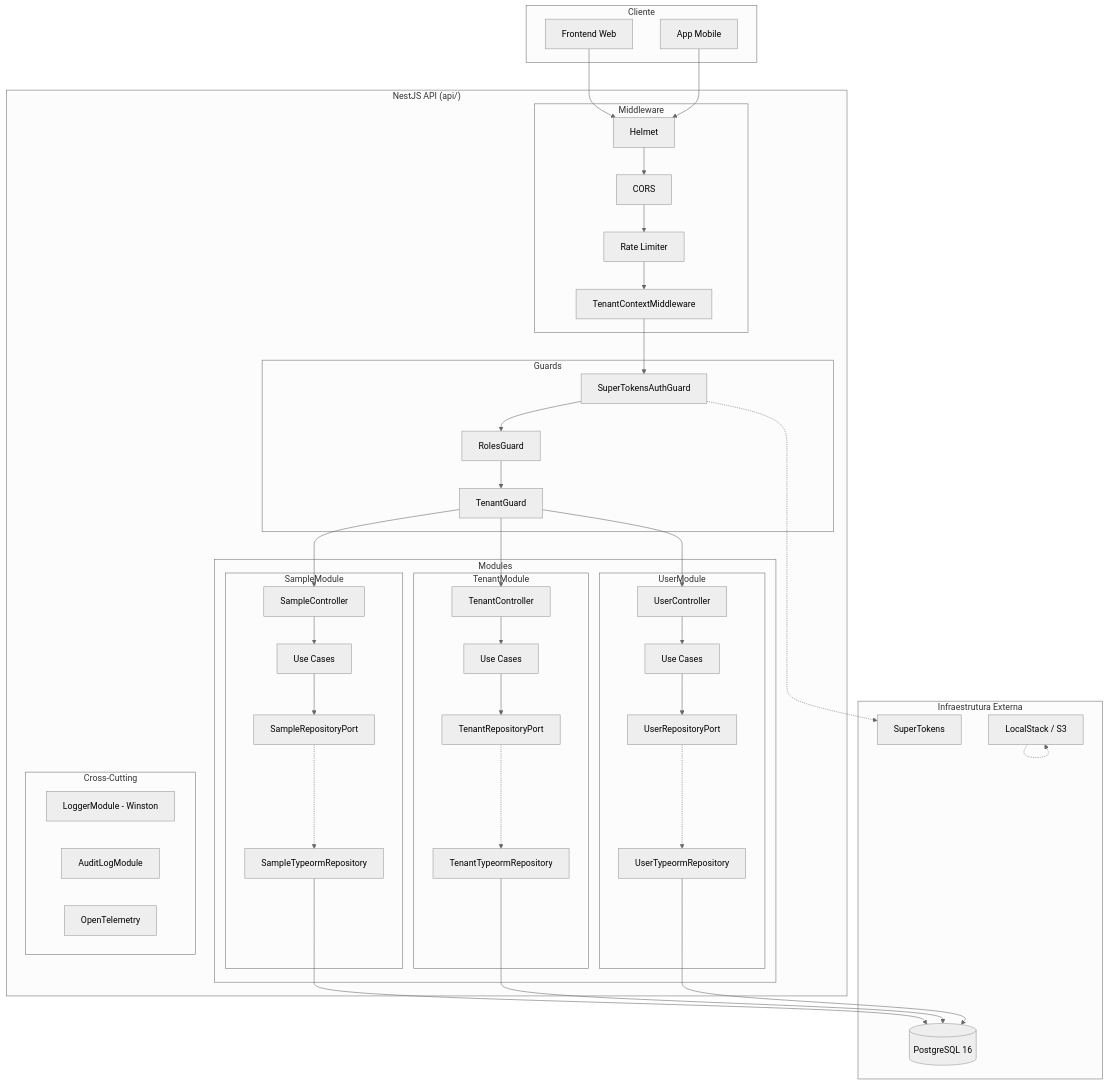
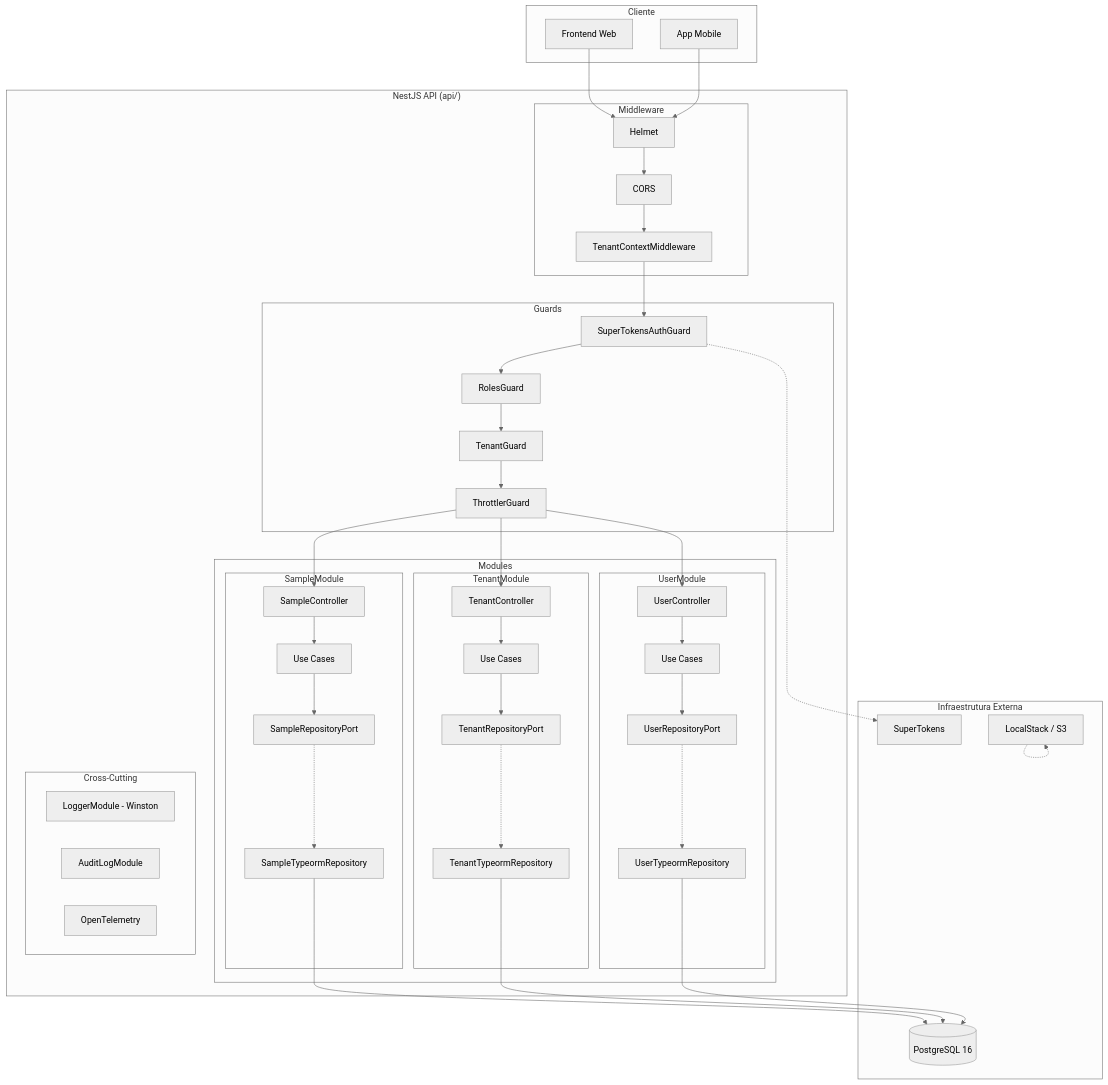
Before and after one commit to GabrielRoc/nestjs-hexagonal-template: the fifth of 5 diagrams in docs/ARCHITECTURE.md, drawn with Mermaid (neutral theme). The commit also changed other lines of this file and 2 other files, not shown here.

Commit message:
docs: representa o rate limit como guard e registra o que ele nao cobre
A documentacao desenhava o rate limiter como middleware, na frente da
cadeia. Ele e um APP_GUARD registrado depois de auth/roles/tenant, e isso
tem duas consequencias que ninguem conseguia deduzir do diagrama: as
rotas de /api/auth/* nunca passam por ele (o middleware Express do
supertokens-nestjs responde sem chamar next(), entao nenhum APP_GUARD
roda) e o storage padrao e in-memory por processo, entao o limite
efetivo escala com o numero de replicas.

O SETUP ganha uma secao de pre-requisitos de producao com o rate limit
de /api/auth/* no proxy/WAF e o TRUST_PROXY_HOPS. A correcao em codigo
das rotas de auth fica de fora: exige nova dependencia
(express-rate-limit) e storage compartilhado.

Atualiza tambem o trecho de CORS do CONVENTIONS, que ainda mostrava a
leitura direta de process.env substituida pelo ConfigService.

````diff
--- a/docs/ARCHITECTURE.md
+++ b/docs/ARCHITECTURE.md
@@ -297,76 +297,76 @@
 ```mermaid
 graph TB
     subgraph Cliente
         WEB[Frontend Web]
         MOB[App Mobile]
     end
 
     subgraph API["NestJS API (api/)"]
         subgraph Middleware
             HELMET[Helmet]
             CORS[CORS]
-            THROTTLE[Rate Limiter]
             TENANT_MW[TenantContextMiddleware]
         end
 
         subgraph Guards
             AUTH_G[SuperTokensAuthGuard]
             ROLE_G[RolesGuard]
             TENANT_G[TenantGuard]
+            THROTTLE[ThrottlerGuard]
         end
 
         subgraph Modules
             subgraph SampleModule
                 S_CTRL[SampleController]
                 S_UC[Use Cases]
                 S_PORT[SampleRepositoryPort]
                 S_REPO[SampleTypeormRepository]
             end
             subgraph TenantModule
                 T_CTRL[TenantController]
                 T_UC[Use Cases]
                 T_PORT[TenantRepositoryPort]
                 T_REPO[TenantTypeormRepository]
             end
             subgraph UserModule
                 U_CTRL[UserController]
                 U_UC[Use Cases]
                 U_PORT[UserRepositoryPort]
                 U_REPO[UserTypeormRepository]
             end
         end
 
         subgraph CrossCutting["Cross-Cutting"]
             LOG[LoggerModule - Winston]
             AUDIT[AuditLogModule]
             OTEL[OpenTelemetry]
         end
     end
 
     subgraph Infra["Infraestrutura Externa"]
         PG[(PostgreSQL 16)]
         ST[SuperTokens]
         S3[LocalStack / S3]
     end
 
     WEB --> HELMET
     MOB --> HELMET
-    HELMET --> CORS --> THROTTLE --> TENANT_MW
-    TENANT_MW --> AUTH_G --> ROLE_G --> TENANT_G
+    HELMET --> CORS --> TENANT_MW
+    TENANT_MW --> AUTH_G --> ROLE_G --> TENANT_G --> THROTTLE
 
-    TENANT_G --> S_CTRL
-    TENANT_G --> T_CTRL
-    TENANT_G --> U_CTRL
+    THROTTLE --> S_CTRL
+    THROTTLE --> T_CTRL
+    THROTTLE --> U_CTRL
 
     S_CTRL --> S_UC --> S_PORT
     S_PORT -.-> S_REPO --> PG
 
     T_CTRL --> T_UC --> T_PORT
     T_PORT -.-> T_REPO --> PG
 
     U_CTRL --> U_UC --> U_PORT
     U_PORT -.-> U_REPO --> PG
 
     AUTH_G -.-> ST
     S3 -.-> S3
 ```
````
